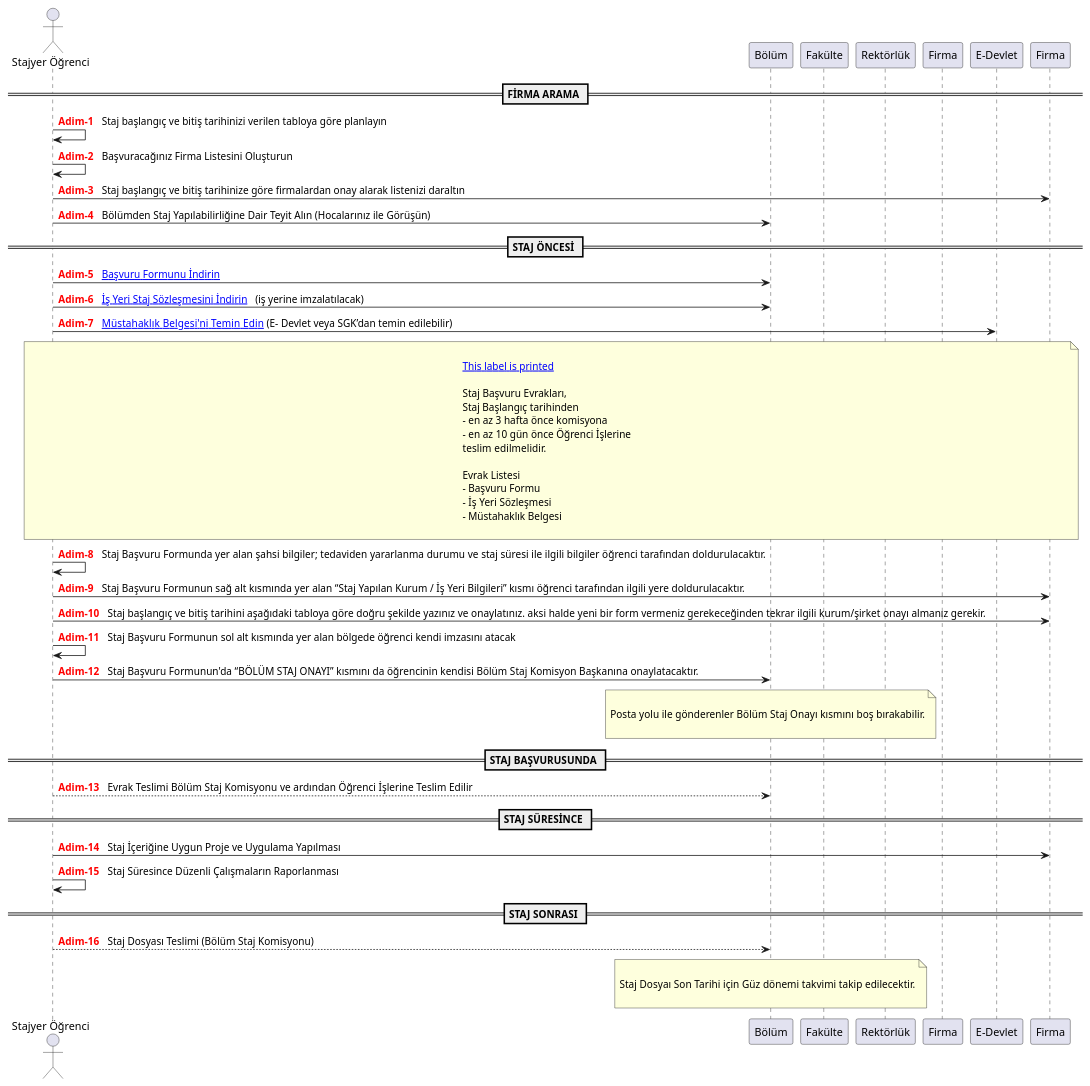
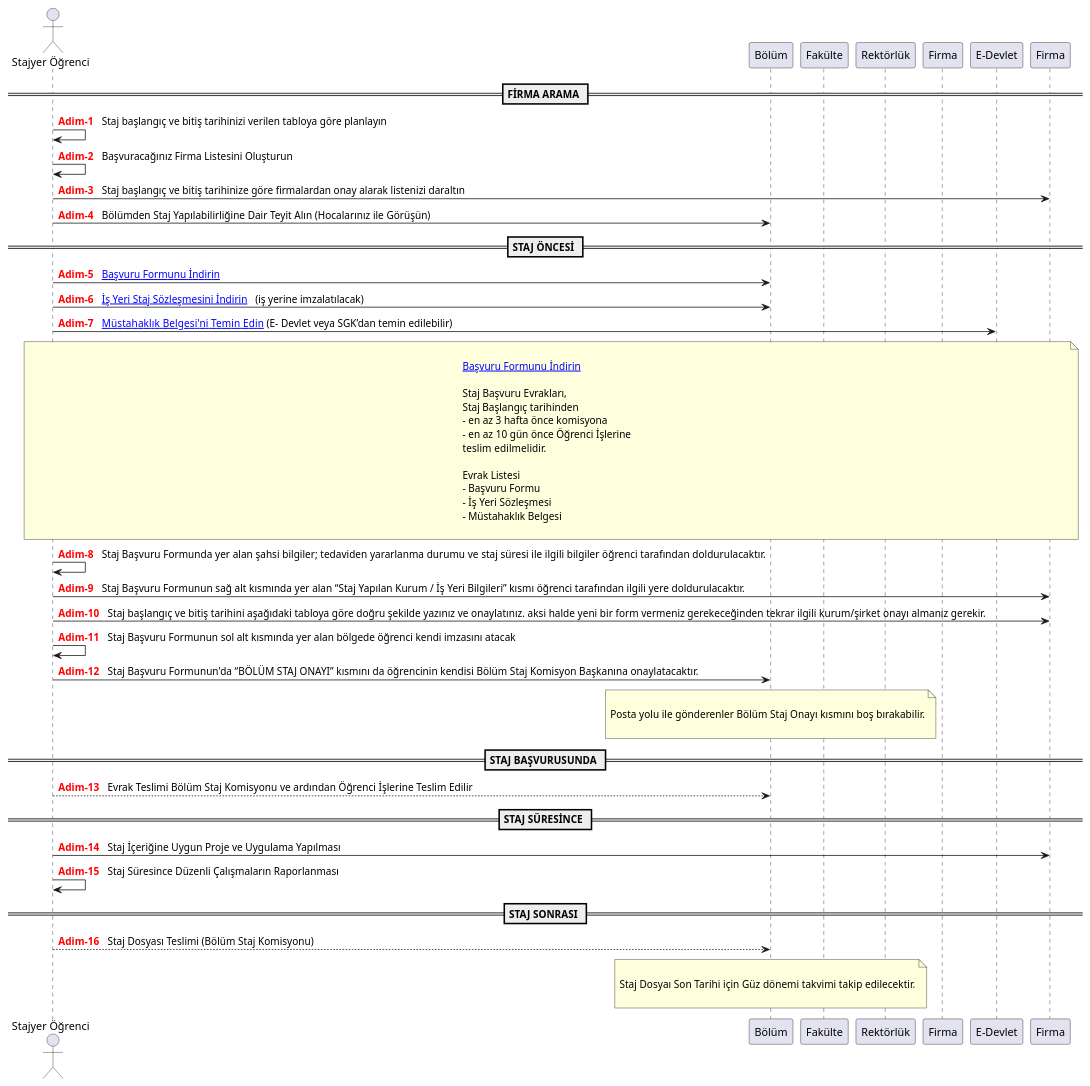
The diagram in docs/internship/assets/internship-flowchart-extended.puml (rteu-ceng/rteu-internship-guideline), drawn with PlantUML before and after one commit.

```diff
--- a/docs/internship/assets/internship-flowchart-extended.puml
+++ b/docs/internship/assets/internship-flowchart-extended.puml
@@ -1,82 +1,82 @@
 @startuml
 
 actor Student as "Stajyer Öğrenci"
 participant Department as "Bölüm"
 participant Faculty as "Fakülte"
 participant Rector as "Rektörlük"
 participant Company as "Firma"
 participant Government as "E-Devlet"
 
 autonumber 1 1 "<font color=red><b>Adim-0  "
 
 == FİRMA ARAMA == 
 
 Student -> Student : Staj başlangıç ve bitiş tarihinizi verilen tabloya göre planlayın
 
 Student -> Student : Başvuracağınız Firma Listesini Oluşturun
 
 Student -> Firma : Staj başlangıç ve bitiş tarihinize göre firmalardan onay alarak listenizi daraltın
 
 Student -> Department : Bölümden Staj Yapılabilirliğine Dair Teyit Alın (Hocalarınız ile Görüşün)
 
 == STAJ ÖNCESİ == 
 
 Student -> Department : [[http://bilgisayar.mmf.erdogan.edu.tr/tr/page/staj-islemleri/5497 {İndirmek için Tıklayın} Başvuru Formunu İndirin ]] 
 
 Student -> Department : [[https://mmf.erdogan.edu.tr/Files/ckFiles/muhendislik-erdogan-edu-tr/M%C3%BChendislik%20Fak%C3%BCltesi%20%C4%B0%C5%9F%20yeri%20Staj%20S%C3%B6zle%C5%9Fmesi.pdf {İndirmek için Tıklayın} İş Yeri Staj Sözleşmesini İndirin ]]  (iş yerine imzalatılacak)
 
 Student -> Government :  [[https://www.turkiye.gov.tr/spas-mustahaklik-sorgulama Müstahaklık  Belgesi'ni Temin Edin]] (E- Devlet veya SGK’dan temin edilebilir)
 
 note across
 
-[[https://ekampus.erdogan.edu.tr/welcome This label is printed]]
+[[https://ekampus.erdogan.edu.tr/welcome  {İndirmek için Tıklayın} Başvuru Formunu İndirin ]] 
 
 Staj Başvuru Evrakları, 
 Staj Başlangıç tarihinden  
 - en az 3 hafta önce komisyona
 - en az 10 gün önce Öğrenci İşlerine 
 teslim edilmelidir.
 
 Evrak Listesi
 - Başvuru Formu
 - İş Yeri Sözleşmesi
 - Müstahaklık Belgesi
 
 end note
 
 Student -> Student : Staj Başvuru Formunda yer alan şahsi bilgiler; tedaviden yararlanma  durumu ve staj süresi ile ilgili bilgiler öğrenci tarafından doldurulacaktır.
 
 Student -> Firma : Staj Başvuru Formunun sağ alt kısmında yer alan “Staj Yapılan Kurum / İş Yeri Bilgileri” kısmı öğrenci tarafından ilgili yere doldurulacaktır.
 
 Student -> Firma : Staj başlangıç ve bitiş tarihini aşağıdaki tabloya  göre doğru şekilde yazınız ve onaylatınız. aksi halde yeni bir form vermeniz gerekeceğinden tekrar ilgili kurum/şirket onayı almanız gerekir.
 
 Student -> Student : Staj Başvuru Formunun sol alt kısmında yer alan bölgede öğrenci kendi imzasını atacak
 
 Student -> Department : Staj Başvuru Formunun'da “BÖLÜM STAJ ONAYI” kısmını da öğrencinin kendisi Bölüm Staj Komisyon Başkanına onaylatacaktır.
 
 note over Department
 
 Posta yolu ile gönderenler Bölüm Staj Onayı kısmını boş bırakabilir.
 
 end note 
 
 == STAJ BAŞVURUSUNDA ==
 
 Student --> Department : Evrak Teslimi Bölüm Staj Komisyonu ve ardından Öğrenci İşlerine Teslim Edilir
 
 == STAJ SÜRESİNCE ==
 
 Student -> Firma : Staj İçeriğine Uygun Proje ve Uygulama Yapılması
 
 Student -> Student : Staj Süresince Düzenli Çalışmaların Raporlanması
 
 == STAJ SONRASI == 
 
 Student --> Department : Staj Dosyası Teslimi (Bölüm Staj Komisyonu)
 
 note over Department
 
 Staj Dosyaı Son Tarihi için Güz dönemi takvimi takip edilecektir.
 
 end note
 @enduml
```
